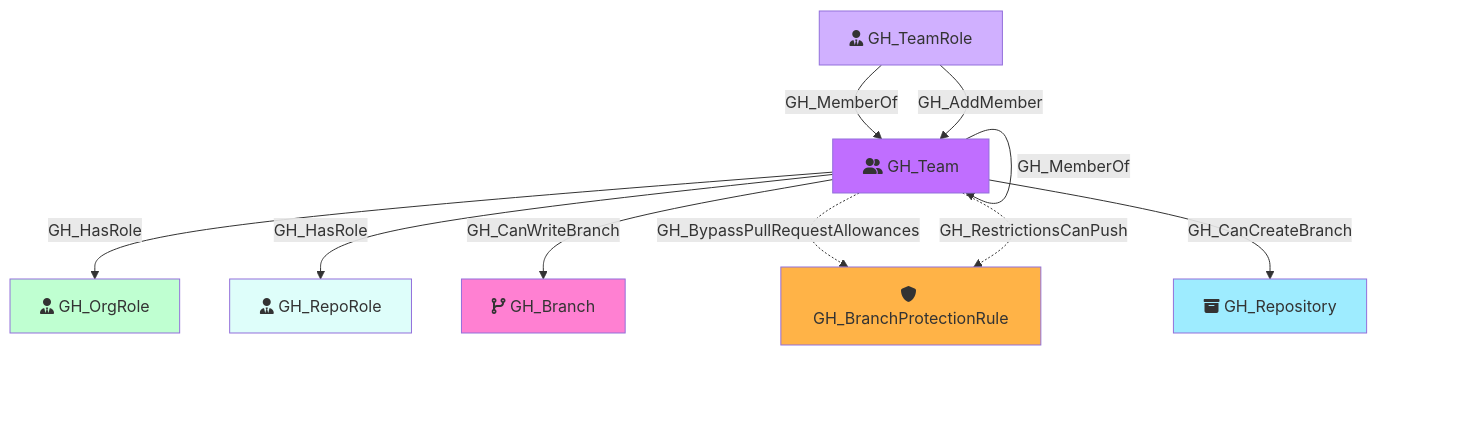
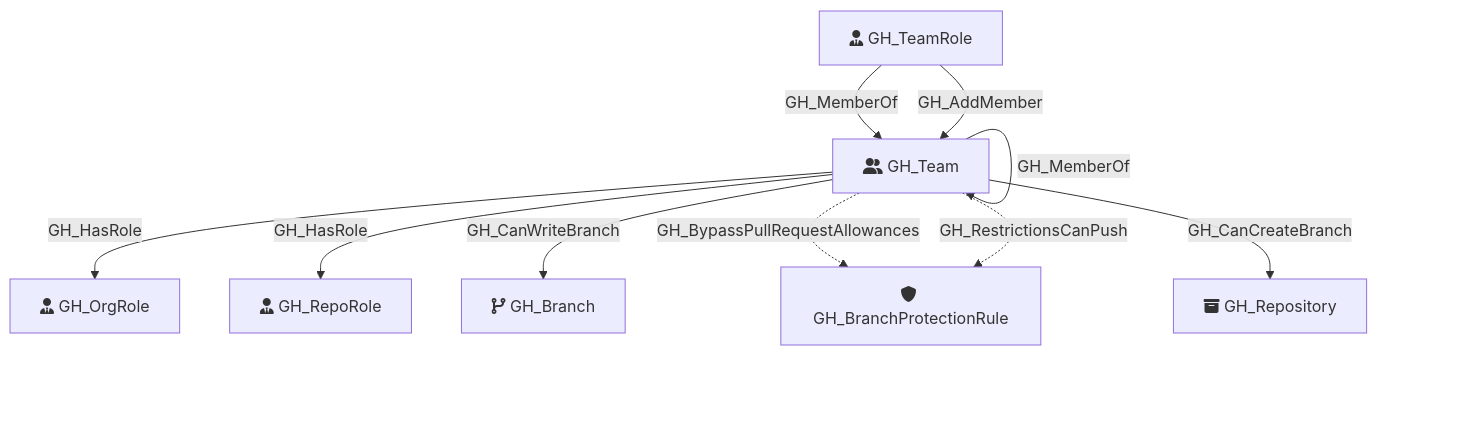
Before and after one commit to SpecterOps/GitHound: the diagram in Documentation/NodeDescriptions/GH_Team.md, drawn with Mermaid. The commit also changed 23 other files, not shown here.

Commit message:
rm mermaid box colors

````diff
--- a/Documentation/NodeDescriptions/GH_Team.md
+++ b/Documentation/NodeDescriptions/GH_Team.md
@@ -45,28 +45,21 @@
 ```mermaid
 flowchart TD
     GH_Team[fa:fa-user-group GH_Team]
     GH_OrgRole[fa:fa-user-tie GH_OrgRole]
     GH_RepoRole[fa:fa-user-tie GH_RepoRole]
     GH_TeamRole[fa:fa-user-tie GH_TeamRole]
     GH_Branch[fa:fa-code-branch GH_Branch]
     GH_BranchProtectionRule[fa:fa-shield GH_BranchProtectionRule]
     GH_Repository[fa:fa-box-archive GH_Repository]
 
-    style GH_Team fill:#C06EFF
-    style GH_OrgRole fill:#BFFFD1
-    style GH_RepoRole fill:#DEFEFA
-    style GH_TeamRole fill:#D0B0FF
-    style GH_Branch fill:#FF80D2
-    style GH_BranchProtectionRule fill:#FFB347
-    style GH_Repository fill:#9EECFF
 
     GH_Team -->|GH_MemberOf| GH_Team
     GH_Team -->|GH_HasRole| GH_OrgRole
     GH_Team -->|GH_HasRole| GH_RepoRole
     GH_Team -.->|GH_BypassPullRequestAllowances| GH_BranchProtectionRule
     GH_Team -.->|GH_RestrictionsCanPush| GH_BranchProtectionRule
     GH_Team -->|GH_CanWriteBranch| GH_Branch
     GH_Team -->|GH_CanCreateBranch| GH_Repository
     GH_TeamRole -->|GH_MemberOf| GH_Team
     GH_TeamRole -->|GH_AddMember| GH_Team
 ```
````
